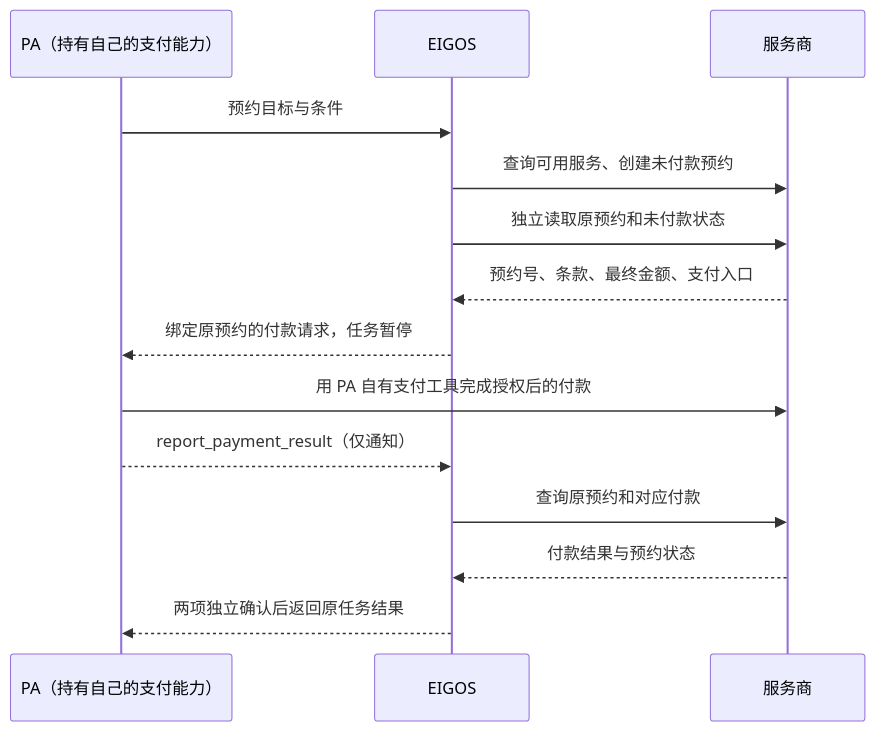
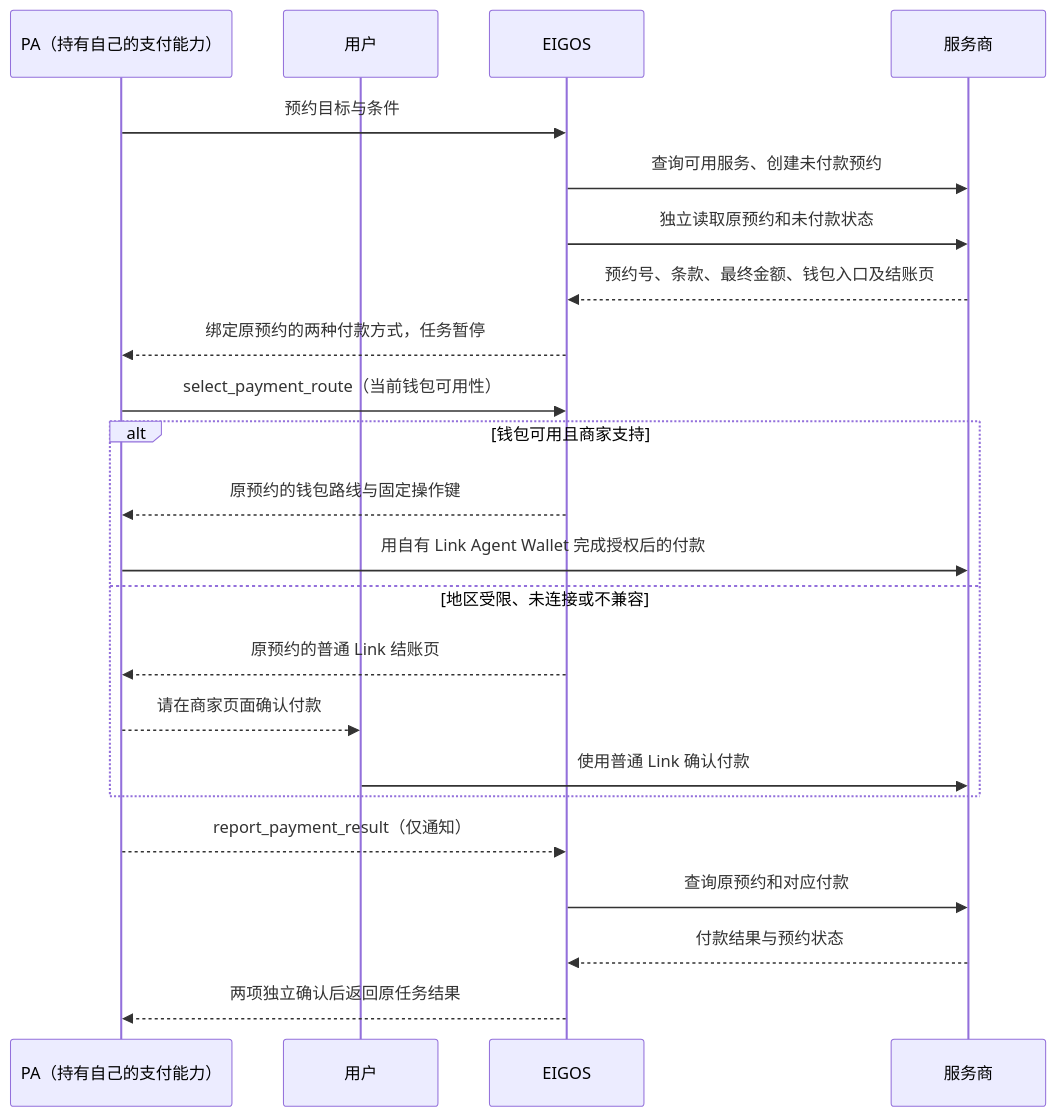
The diagram in docs/pa-booking-payment-flow.md (proerror77/eigos), drawn with Mermaid before and after one commit. The commit also changed other lines of this file and 24 other files, not shown here.

Commit message:
Prefer Link Agent Wallet with provider checkout fallback

````diff
--- a/docs/pa-booking-payment-flow.md
+++ b/docs/pa-booking-payment-flow.md
@@ -9,16 +11,25 @@
 ```mermaid
 sequenceDiagram
     participant P as PA（持有自己的支付能力）
+    participant U as 用户
     participant E as EIGOS
     participant S as 服务商
     P->>E: 预约目标与条件
     E->>S: 查询可用服务、创建未付款预约
     E->>S: 独立读取原预约和未付款状态
-    S-->>E: 预约号、条款、最终金额、支付入口
-    E-->>P: 绑定原预约的付款请求，任务暂停
-    P->>S: 用 PA 自有支付工具完成授权后的付款
+    S-->>E: 预约号、条款、最终金额、钱包入口及结账页
+    E-->>P: 绑定原预约的两种付款方式，任务暂停
+    P->>E: select_payment_route（当前钱包可用性）
+    alt 钱包可用且商家支持
+        E-->>P: 原预约的钱包路线与固定操作键
+        P->>S: 用自有 Link Agent Wallet 完成授权后的付款
+    else 地区受限、未连接或不兼容
+        E-->>P: 原预约的普通 Link 结账页
+        P-->>U: 请在商家页面确认付款
+        U->>S: 使用普通 Link 确认付款
+    end
     P-->>E: report_payment_result（仅通知）
     E->>S: 查询原预约和对应付款
     S-->>E: 付款结果与预约状态
     E-->>P: 两项独立确认后返回原任务结果
 ```
````
